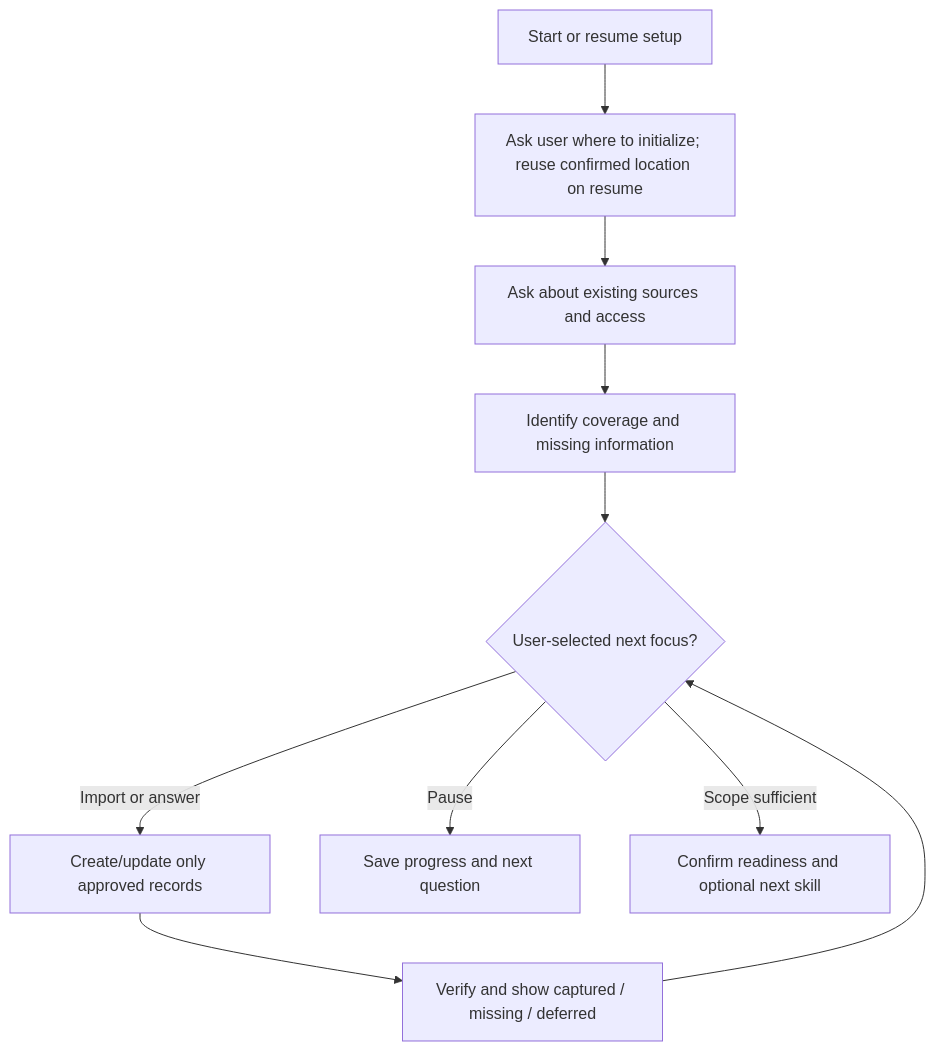
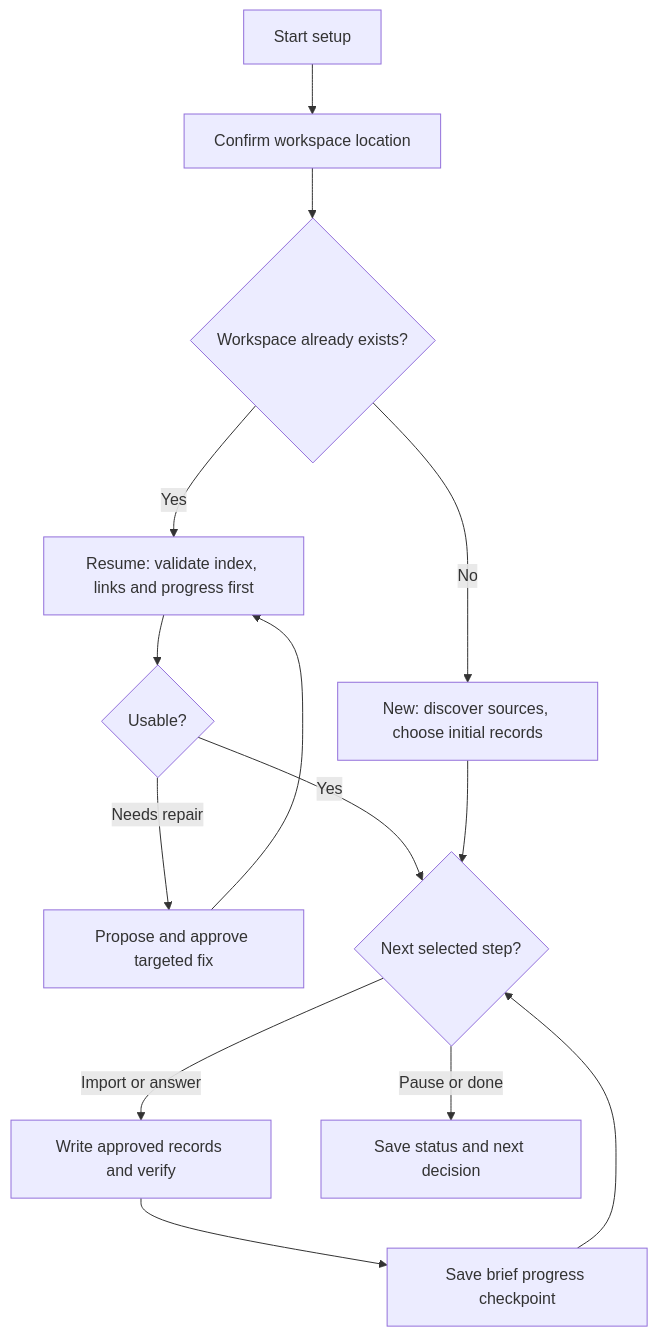
One commit to lfarci/career-skills changed the second of 2 diagrams in docs/USER-JOURNEY.md. Above: the diagram before and after it, drawn with Mermaid. The commit also changed other lines of this file and 8 other files, not shown here.

````diff
--- a/docs/USER-JOURNEY.md
+++ b/docs/USER-JOURNEY.md
@@ -37,12 +37,16 @@
 ```mermaid
 flowchart TD
-    S["Start or resume setup"] --> D["Ask user where to initialize; reuse confirmed location on resume"]
-    D --> I["Ask about existing sources and access"]
-    I --> C["Identify coverage and missing information"]
-    C --> Q{"User-selected next focus?"}
-    Q -->|"Import or answer"| W["Create/update only approved records"]
-    W --> R["Verify and show captured / missing / deferred"]
+    S["Start setup"] --> D["Confirm workspace location"]
+    D --> E{"Workspace already exists?"}
+    E -->|"No"| N["New: discover sources, choose initial records"]
+    E -->|"Yes"| V["Resume: validate index, links and progress first"]
+    V --> H{"Usable?"}
+    H -->|"Needs repair"| X["Propose and approve targeted fix"]
+    X --> V
+    H -->|"Yes"| Q{"Next selected step?"}
+    N --> Q
+    Q -->|"Import or answer"| W["Write approved records and verify"]
+    W --> R["Save brief progress checkpoint"]
     R --> Q
-    Q -->|"Pause"| P["Save progress and next question"]
-    Q -->|"Scope sufficient"| F["Confirm readiness and optional next skill"]
+    Q -->|"Pause or done"| F["Save status and next decision"]
 ```
````
